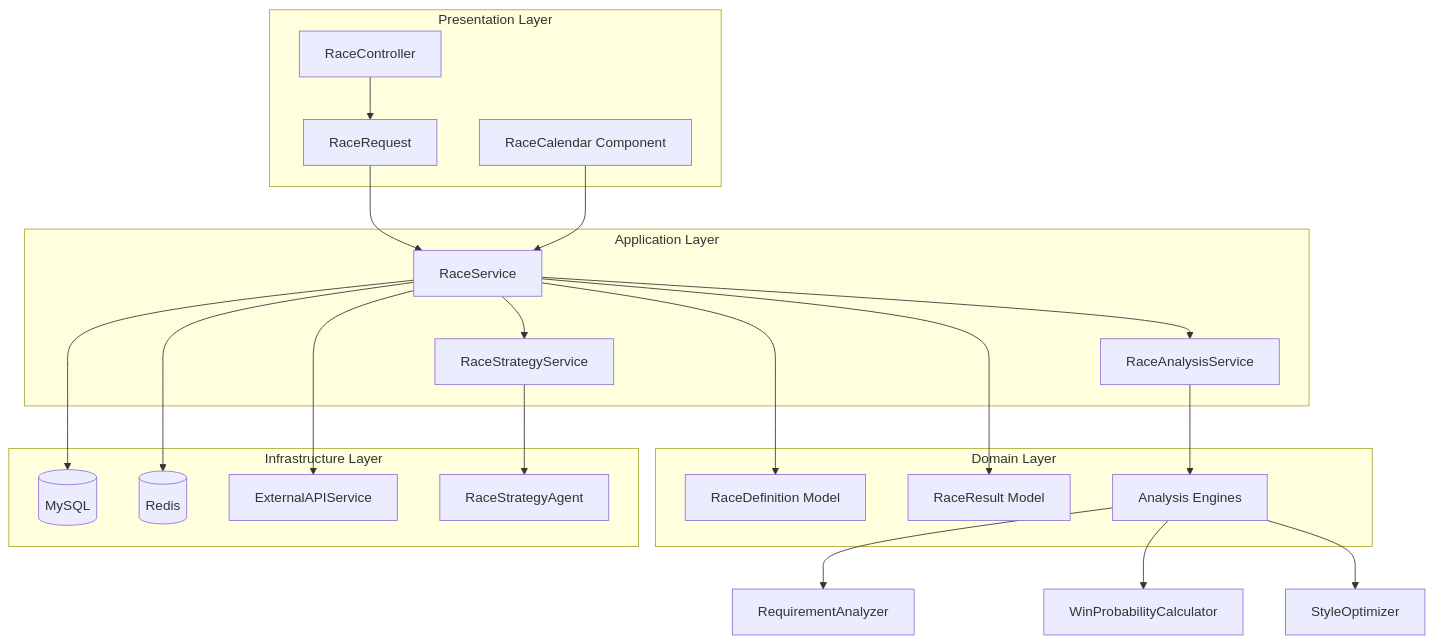
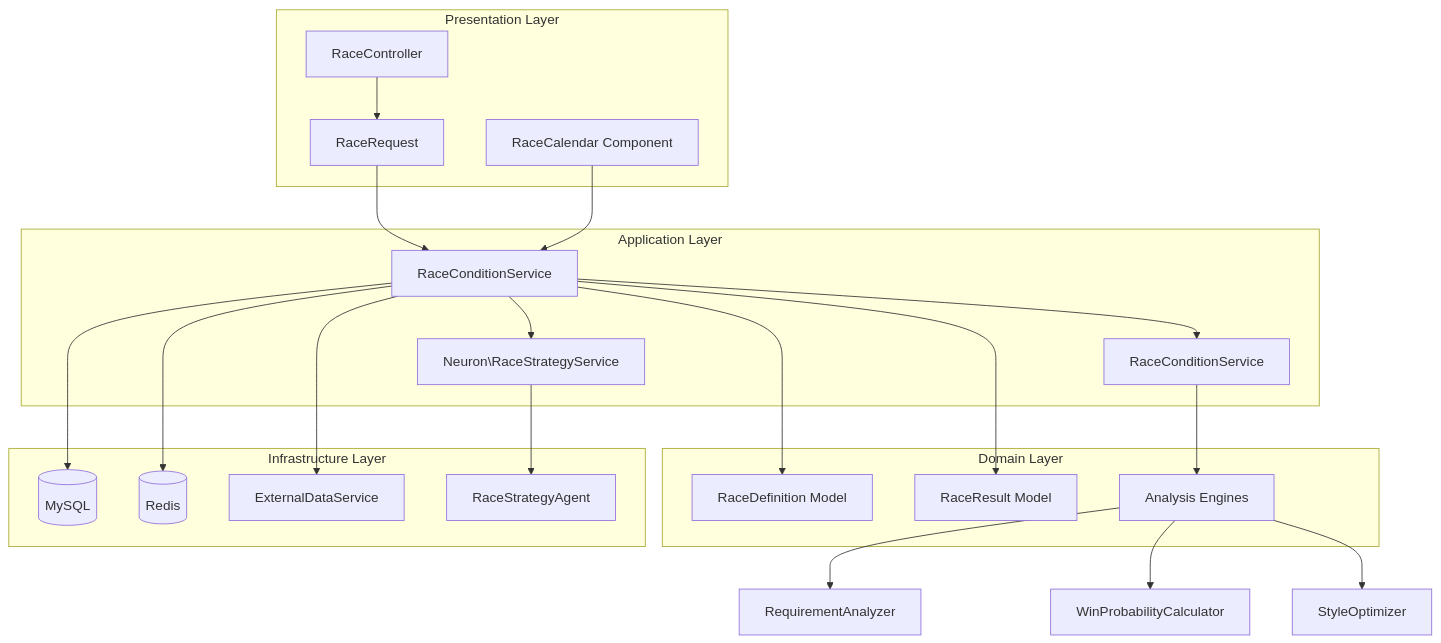
Before and after one commit to exatfrds67/umamusume-career-planner: the diagram in docs/02-specs/SPEC-003_Race_Strategy_Technical.md, drawn with Mermaid. The commit also changed other lines of this file and 111 other files, not shown here.

````diff
--- a/docs/02-specs/SPEC-003_Race_Strategy_Technical.md
+++ b/docs/02-specs/SPEC-003_Race_Strategy_Technical.md
@@ -131,48 +131,48 @@
 ```mermaid
 graph TB
     subgraph "Presentation Layer"
         API[RaceController]
         Livewire[RaceCalendar Component]
         FormRequest[RaceRequest]
     end
 
     subgraph "Application Layer"
-        RaceSvc[RaceService]
-        StrategySvc[RaceStrategyService]
-        AnalysisSvc[RaceAnalysisService]
+        RaceSvc[RaceConditionService]
+        StrategySvc[Neuron\RaceStrategyService]
+        AnalysisSvc[RaceConditionService]
     end
 
     subgraph "Domain Layer"
         RaceDef[RaceDefinition Model]
         RaceResult[RaceResult Model]
         Analyzers[Analysis Engines]
     end
 
     subgraph "Infrastructure Layer"
         DB[(MySQL)]
         Cache[(Redis)]
-        External[ExternalAPIService]
+        External[ExternalDataService]
         NeuronAI[RaceStrategyAgent]
     end
 
     API --> FormRequest
     FormRequest --> RaceSvc
     Livewire --> RaceSvc
     
     RaceSvc --> StrategySvc
     RaceSvc --> AnalysisSvc
     
     StrategySvc --> NeuronAI
     AnalysisSvc --> Analyzers
     
     RaceSvc --> RaceDef
     RaceSvc --> RaceResult
     RaceSvc --> DB
     
     RaceSvc --> External
     RaceSvc --> Cache
     
     Analyzers --> ReqAnalyzer[RequirementAnalyzer]
     Analyzers --> WinCalc[WinProbabilityCalculator]
     Analyzers --> StyleOpt[StyleOptimizer]
 ```
````
